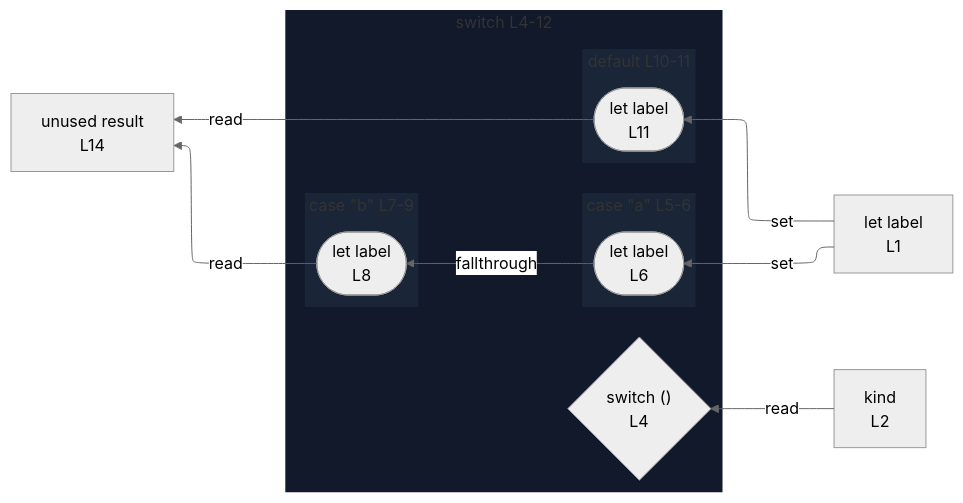
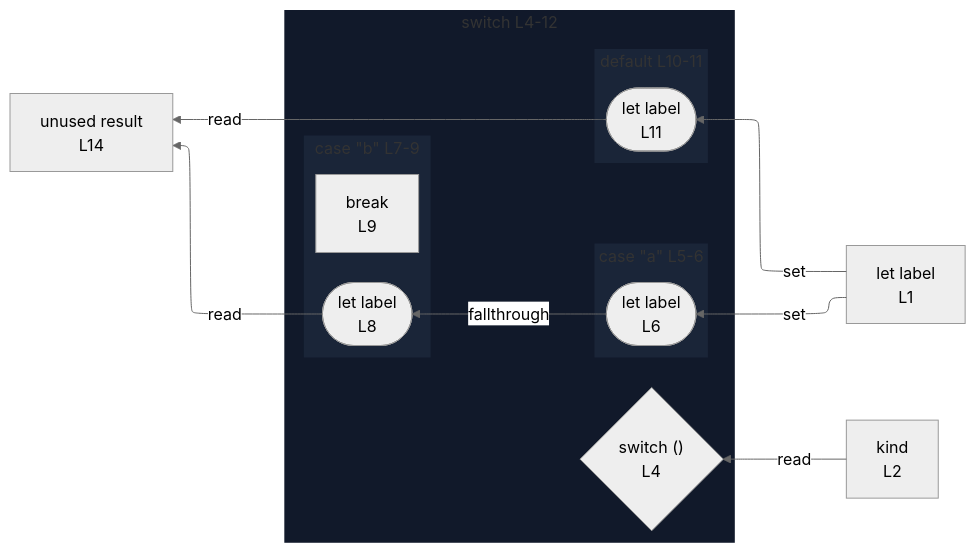
The diagram in integration/fixtures/switch-statement/partial-break/preview.md (crescware/unsnarl), drawn with Mermaid (neutral theme) before and after one commit. The commit also changed 352 other files, not shown here.

````diff
--- a/integration/fixtures/switch-statement/partial-break/preview.md
+++ b/integration/fixtures/switch-statement/partial-break/preview.md
@@ -24,35 +24,36 @@
 ```mermaid
 %%{init: {"flowchart": {"defaultRenderer": "elk"}}}%%
 flowchart RL
   n_scope_0_label_4["let label<br/>L1"]
   n_scope_0_kind_22["kind<br/>L2"]
   n_scope_0_result_168["unused result<br/>L14"]
   subgraph s_scope_1["switch L4-12"]
     direction RL
     switch_discriminant_scope_0_35{"switch ()<br/>L4"}
     subgraph s_scope_2["case &quot;a&quot; L5-6"]
       direction RL
       wr_ref_3(["let label<br/>L6"])
     end
     subgraph s_scope_3["case &quot;b&quot; L7-9"]
       direction RL
       wr_ref_4(["let label<br/>L8"])
+      bc_break_120["break<br/>L9"]
     end
     subgraph s_scope_4["default L10-11"]
       direction RL
       wr_ref_5(["let label<br/>L11"])
     end
   end
   n_scope_0_label_4 -->|set| wr_ref_3
   wr_ref_3 -->|fallthrough| wr_ref_4
   n_scope_0_label_4 -->|set| wr_ref_5
   n_scope_0_kind_22 -->|read| switch_discriminant_scope_0_35
   wr_ref_4 -->|read| n_scope_0_result_168
   wr_ref_5 -->|read| n_scope_0_result_168
   classDef nestL1 fill:#11192a,stroke:transparent;
   class s_scope_1 nestL1;
   classDef nestL2 fill:#1a2538,stroke:transparent;
   class s_scope_2 nestL2;
   class s_scope_3 nestL2;
   class s_scope_4 nestL2;
 ```
````
